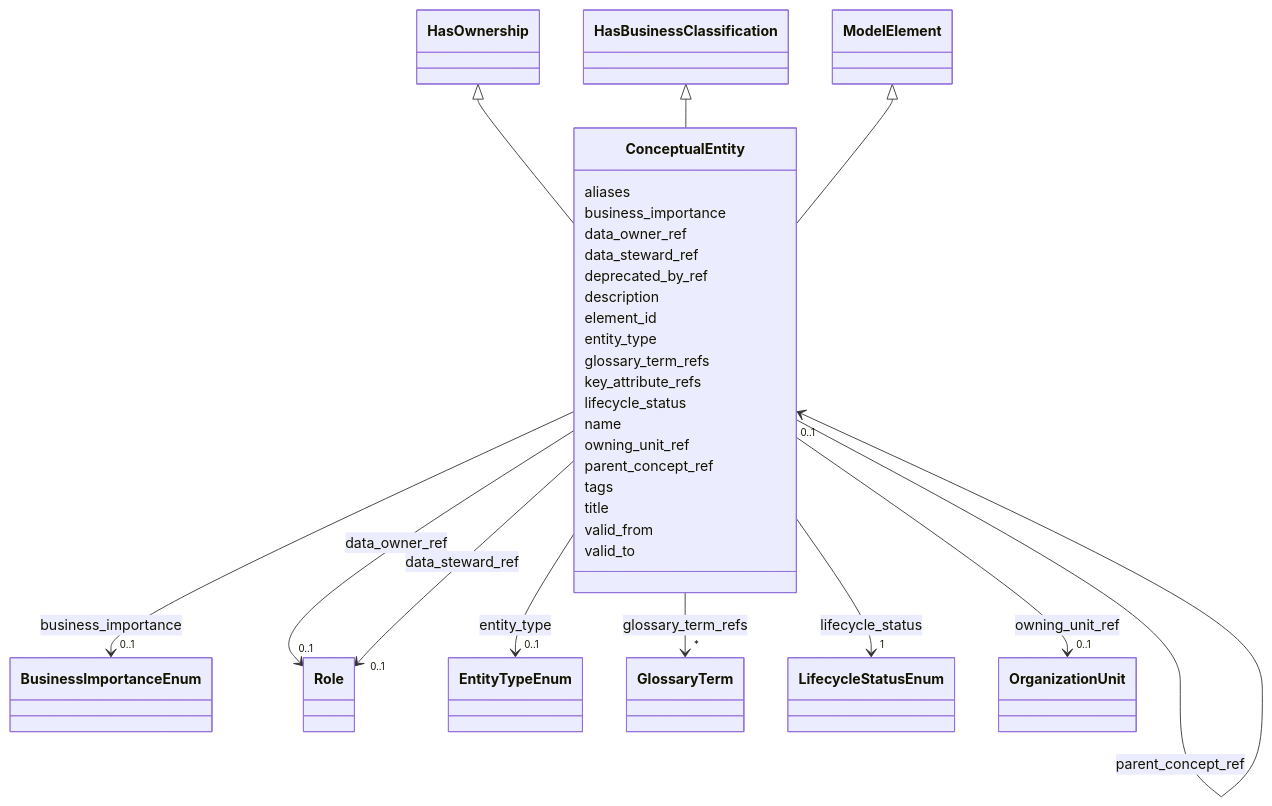
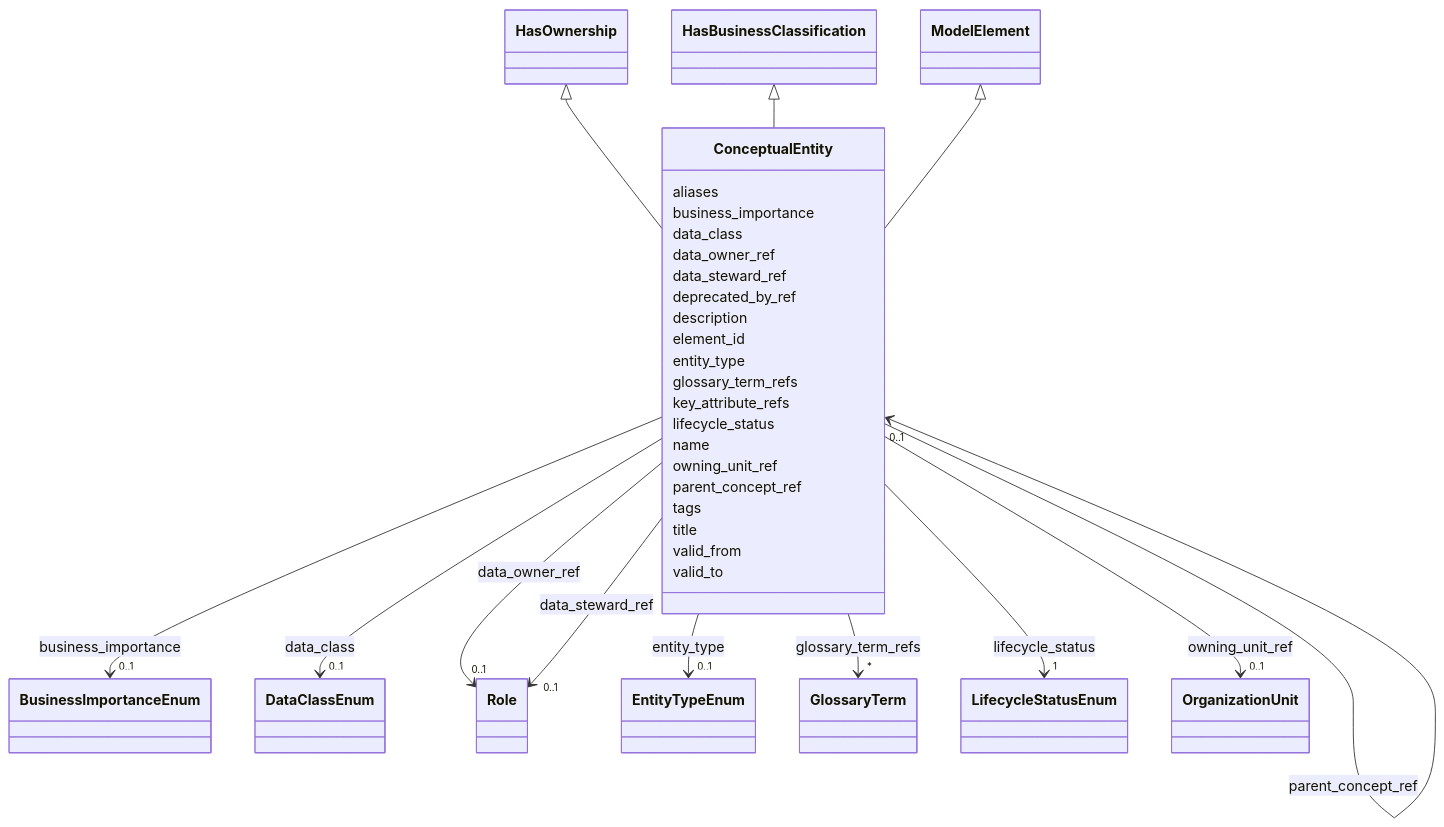
The diagram in generated/artifacts/moex-dams/0.1/diagrams/ConceptualEntity.md (oista/moex-data-model), drawn with Mermaid before and after one commit. The commit also changed 35 other files, not shown here.

```diff
--- a/generated/artifacts/moex-dams/0.1/diagrams/ConceptualEntity.md
+++ b/generated/artifacts/moex-dams/0.1/diagrams/ConceptualEntity.md
@@ -22,6 +22,17 @@
         
         ConceptualEntity --> "0..1" BusinessImportanceEnum : business_importance
         click BusinessImportanceEnum href "../BusinessImportanceEnum"
+    
+
+        
+      ConceptualEntity : data_class
+        
+          
+    
+        
+        
+        ConceptualEntity --> "0..1" DataClassEnum : data_class
+        click DataClassEnum href "../DataClassEnum"
     
 
         
```
